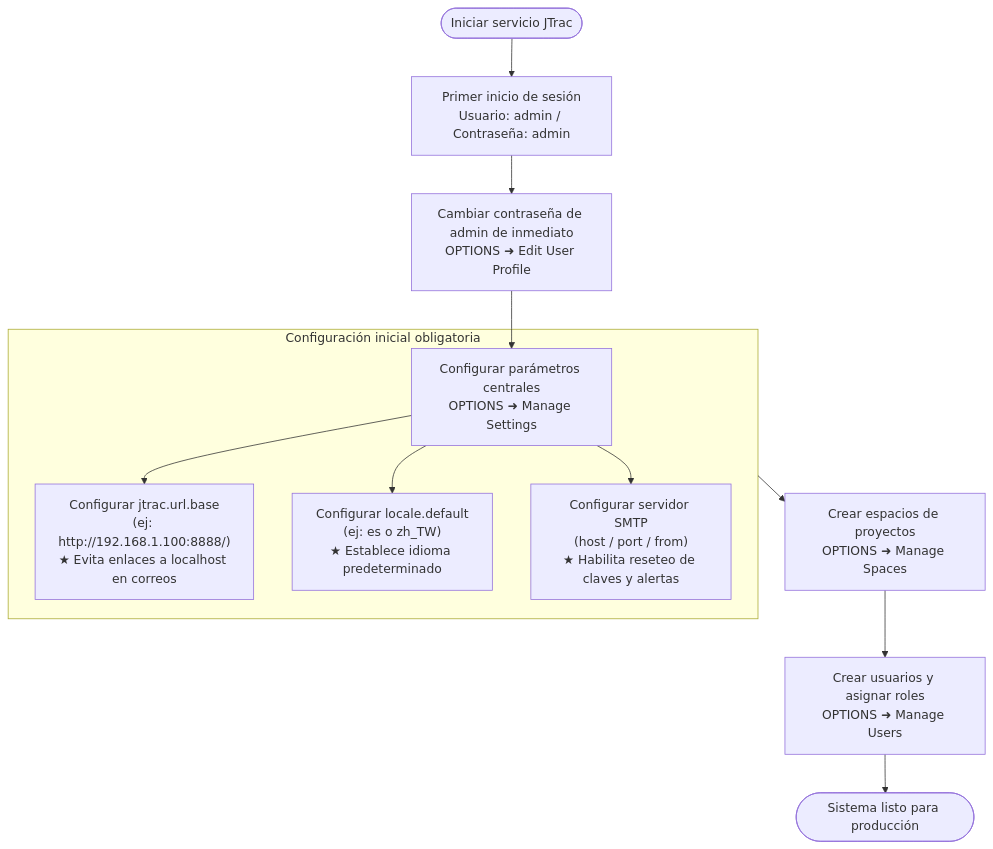
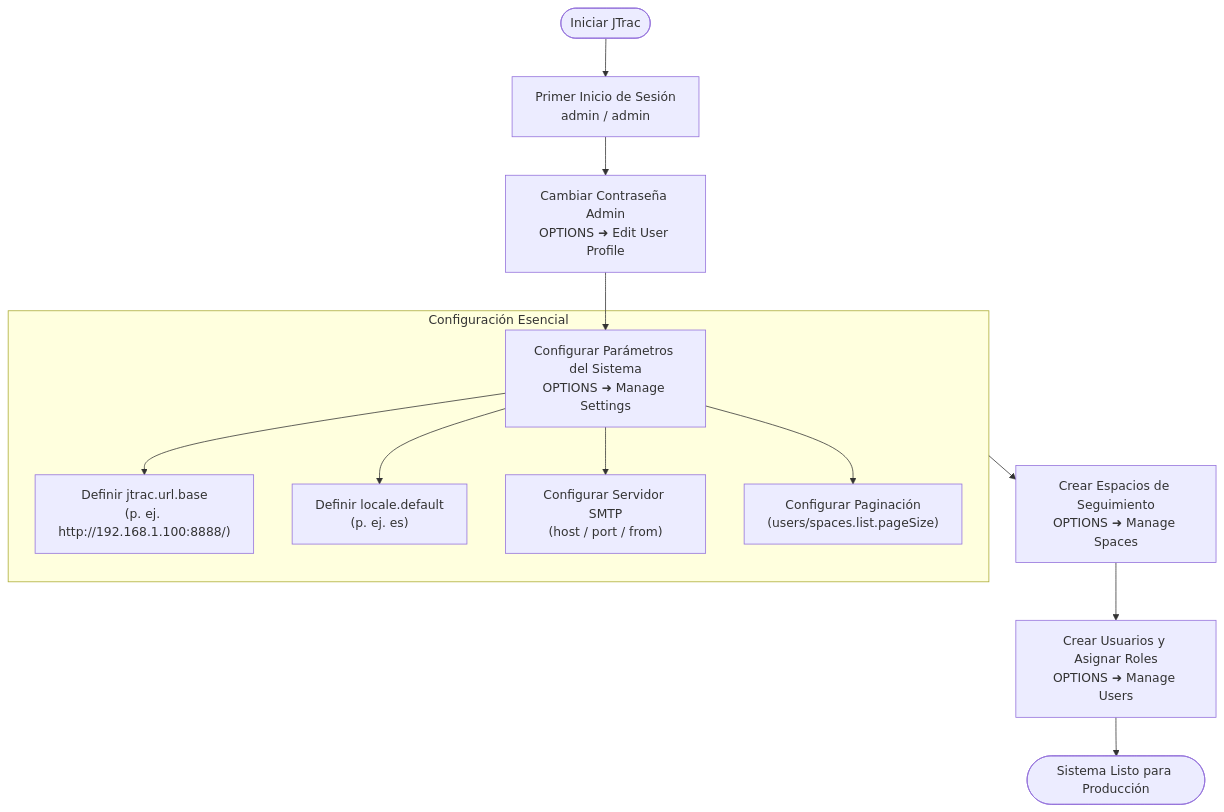
One commit to WilliamFromTW/jtrac changed the diagram in docs/admin/ADMIN_GUIDE_es.md. Above: the diagram before and after it, drawn with Mermaid. The commit also changed other lines of this file and 57 other files, not shown here.

````diff
--- a/docs/admin/ADMIN_GUIDE_es.md
+++ b/docs/admin/ADMIN_GUIDE_es.md
@@ -84,16 +57,17 @@
 ```mermaid
 flowchart TD
-    Start([Iniciar servicio JTrac]) --> Login[Primer inicio de sesión<br/>Usuario: admin / Contraseña: admin]
-    Login --> ChangePwd[Cambiar contraseña de admin de inmediato<br/>OPTIONS ➜ Edit User Profile]
-    ChangePwd --> ConfigSettings[Configurar parámetros centrales<br/>OPTIONS ➜ Manage Settings]
+    Start([Iniciar JTrac]) --> Login[Primer Inicio de Sesión<br/>admin / admin]
+    Login --> ChangePwd[Cambiar Contraseña Admin<br/>OPTIONS ➜ Edit User Profile]
+    ChangePwd --> ConfigSettings[Configurar Parámetros del Sistema<br/>OPTIONS ➜ Manage Settings]
     
-    subgraph CriticalSettings [Configuración inicial obligatoria]
-        ConfigSettings --> SetUrlBase["Configurar jtrac.url.base<br/>(ej: http://192.168.1.100:8888/)<br/>★ Evita enlaces a localhost en correos"]
-        ConfigSettings --> SetLocale["Configurar locale.default<br/>(ej: es o zh_TW)<br/>★ Establece idioma predeterminado"]
-        ConfigSettings --> SetSMTP["Configurar servidor SMTP<br/>(host / port / from)<br/>★ Habilita reseteo de claves y alertas"]
+    subgraph CriticalSettings [Configuración Esencial]
+        ConfigSettings --> SetUrlBase["Definir jtrac.url.base<br/>(p. ej. http://192.168.1.100:8888/)"]
+        ConfigSettings --> SetLocale["Definir locale.default<br/>(p. ej. es)"]
+        ConfigSettings --> SetSMTP["Configurar Servidor SMTP<br/>(host / port / from)"]
+        ConfigSettings --> SetPaging["Configurar Paginación<br/>(users/spaces.list.pageSize)"]
     end
     
-    CriticalSettings --> CreateSpaces[Crear espacios de proyectos<br/>OPTIONS ➜ Manage Spaces]
-    CreateSpaces --> CreateUsers[Crear usuarios y asignar roles<br/>OPTIONS ➜ Manage Users]
-    CreateUsers --> Finish([Sistema listo para producción])
+    CriticalSettings --> CreateSpaces[Crear Espacios de Seguimiento<br/>OPTIONS ➜ Manage Spaces]
+    CreateSpaces --> CreateUsers[Crear Usuarios y Asignar Roles<br/>OPTIONS ➜ Manage Users]
+    CreateUsers --> Finish([Sistema Listo para Producción])
 ```
````
